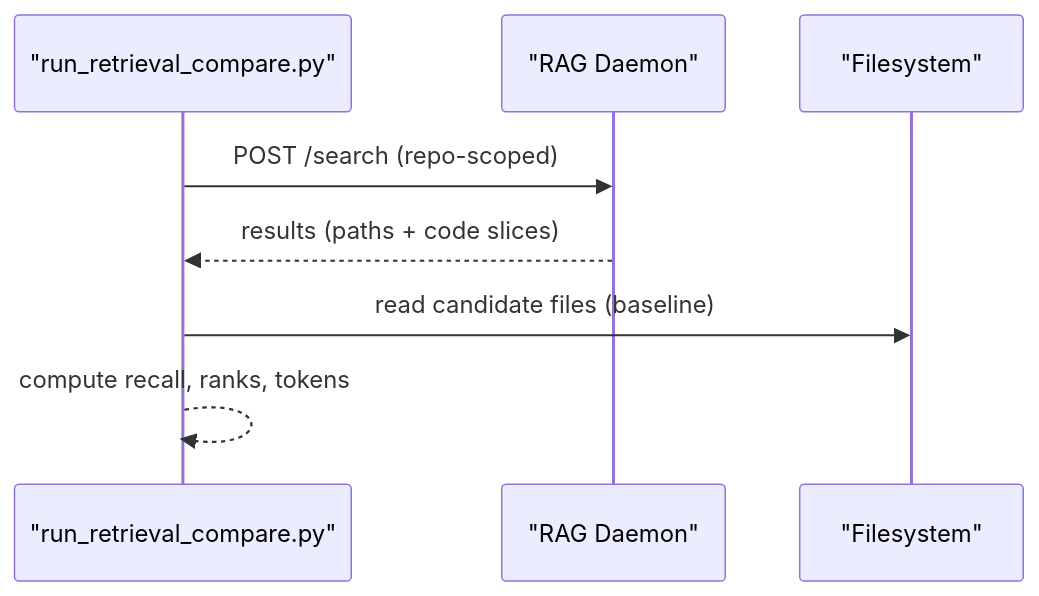
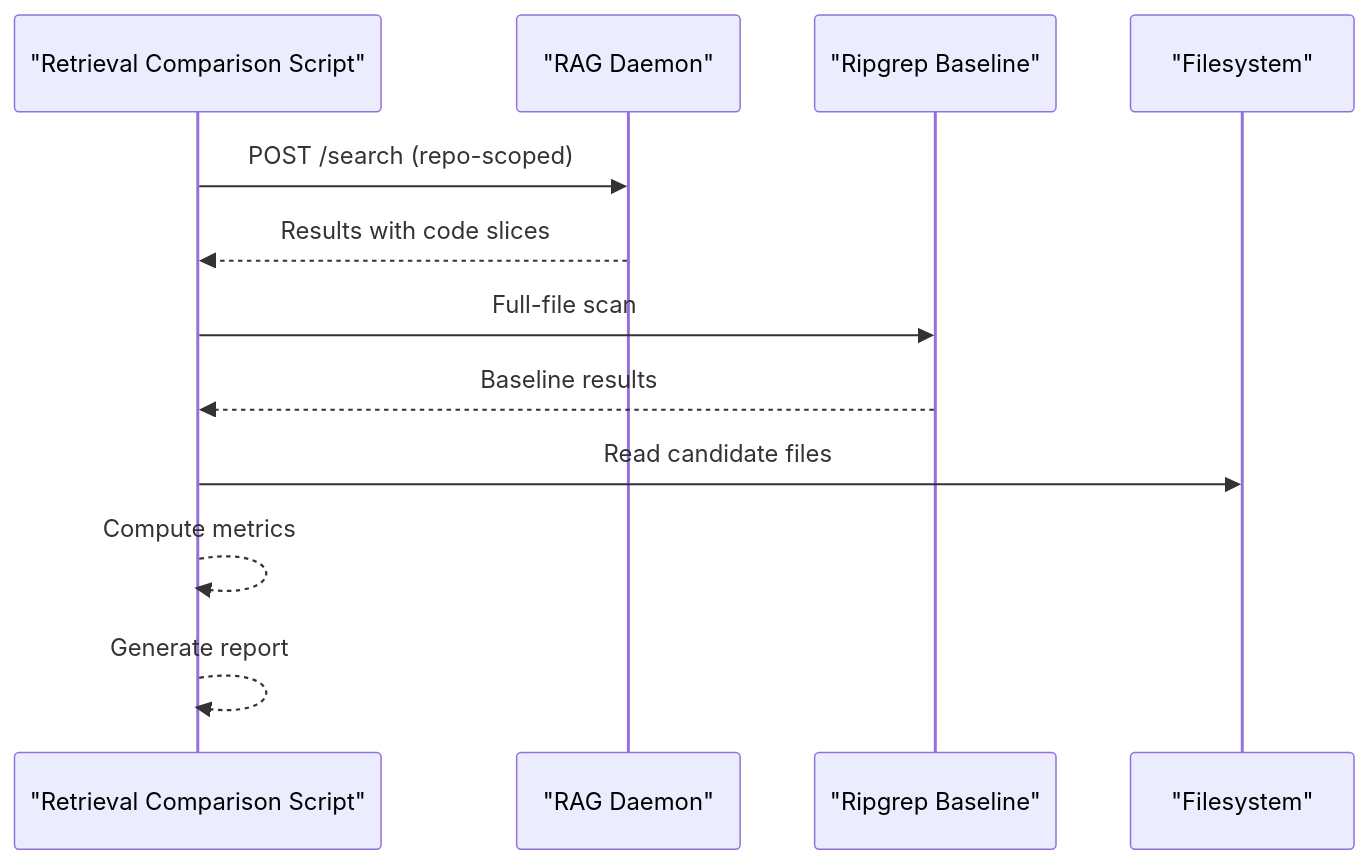
One commit to NcitDev/ragsystem changed the fifth of 8 diagrams in docs/wiki/Reference Materials.md. Above: the diagram before and after it, drawn with Mermaid. The commit also changed other lines of this file and 27 other files, not shown here.

````diff
--- a/docs/wiki/Reference Materials.md
+++ b/docs/wiki/Reference Materials.md
@@ -203,10 +267,14 @@
 ```mermaid
 sequenceDiagram
-participant Script as "run_retrieval_compare.py"
-participant Daemon as "RAG Daemon"
+participant Script as "Retrieval Comparison Script"
+participant RAG as "RAG Daemon"
+participant RG as "Ripgrep Baseline"
 participant FS as "Filesystem"
-Script->>Daemon : POST /search (repo-scoped)
-Daemon-->>Script : results (paths + code slices)
-Script->>FS : read candidate files (baseline)
-Script-->>Script : compute recall, ranks, tokens
+Script->>RAG : POST /search (repo-scoped)
+RAG-->>Script : Results with code slices
+Script->>RG : Full-file scan
+RG-->>Script : Baseline results
+Script->>FS : Read candidate files
+Script-->>Script : Compute metrics
+Script-->>Script : Generate report
 ```
````
